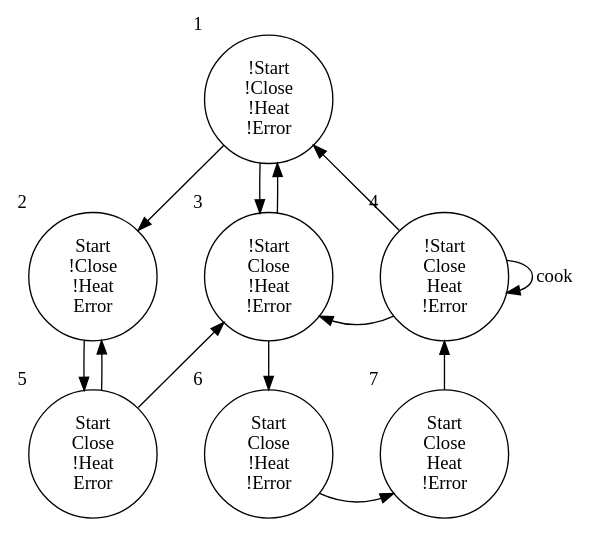
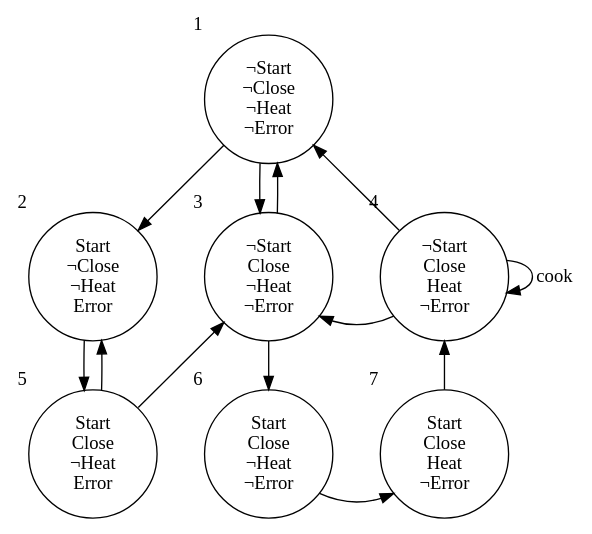
One commit to sinotca529/glab-seminar changed the fifth of 5 diagrams in src/mc5/mc5.1.md. Above: the diagram before and after it, drawn with Graphviz. The commit also changed other lines of this file and 6 other files, not shown here.

````diff
--- a/src/mc5/mc5.1.md
+++ b/src/mc5/mc5.1.md
@@ -283,31 +284,31 @@
 ```graphviz {caption=クリプキ構造}
 digraph G {
     splines = false
-    N1 [xlabel="1", label = "!Start\n!Close\n!Heat\n!Error", shape = circle]
-    N2 [xlabel="2", label = "Start\n!Close\n!Heat\nError", shape = circle]
-    N3 [xlabel="3", label = "!Start\nClose\n!Heat\n!Error", shape = circle]
-    N4 [xlabel="4", label = "!Start\nClose\nHeat\n!Error", shape = circle]
-    N5 [xlabel="5", label = "Start\nClose\n!Heat\nError", shape = circle]
-    N6 [xlabel="6", label = "Start\nClose\n!Heat\n!Error", shape = circle]
-    N7 [xlabel="7", label = "Start\nClose\nHeat\n!Error", shape = circle]
+    N1 [xlabel="1", label = "¬Start\n¬Close\n¬Heat\n¬Error", shape = circle]
+    N2 [xlabel="2", label = "Start\n¬Close\n¬Heat\nError", shape = circle]
+    N3 [xlabel="3", label = "¬Start\nClose\n¬Heat\n¬Error", shape = circle]
+    N4 [xlabel="4", label = "¬Start\nClose\nHeat\n¬Error", shape = circle]
+    N5 [xlabel="5", label = "Start\nClose\n¬Heat\nError", shape = circle]
+    N6 [xlabel="6", label = "Start\nClose\n¬Heat\n¬Error", shape = circle]
+    N7 [xlabel="7", label = "Start\nClose\nHeat\n¬Error", shape = circle]
 
     N1 -> N2
     N1 -> N3
     N2 -> N5
     N3 -> N1
     N3 -> N6
     N4 -> N1
     N4 -> N3
     N4 -> N4 [label="cook"]
     N5 -> N2
     N5 -> N3
     N6 -> N7
     N7 -> N4
 
     {rank = same; N2, N3, N4;}
     {rank = same; N5, N6, N7;}
 
     N2 -> N3 -> N4 [color=transparent]
     N5 -> N6 -> N7 [color=transparent]
 }
 ```
````
